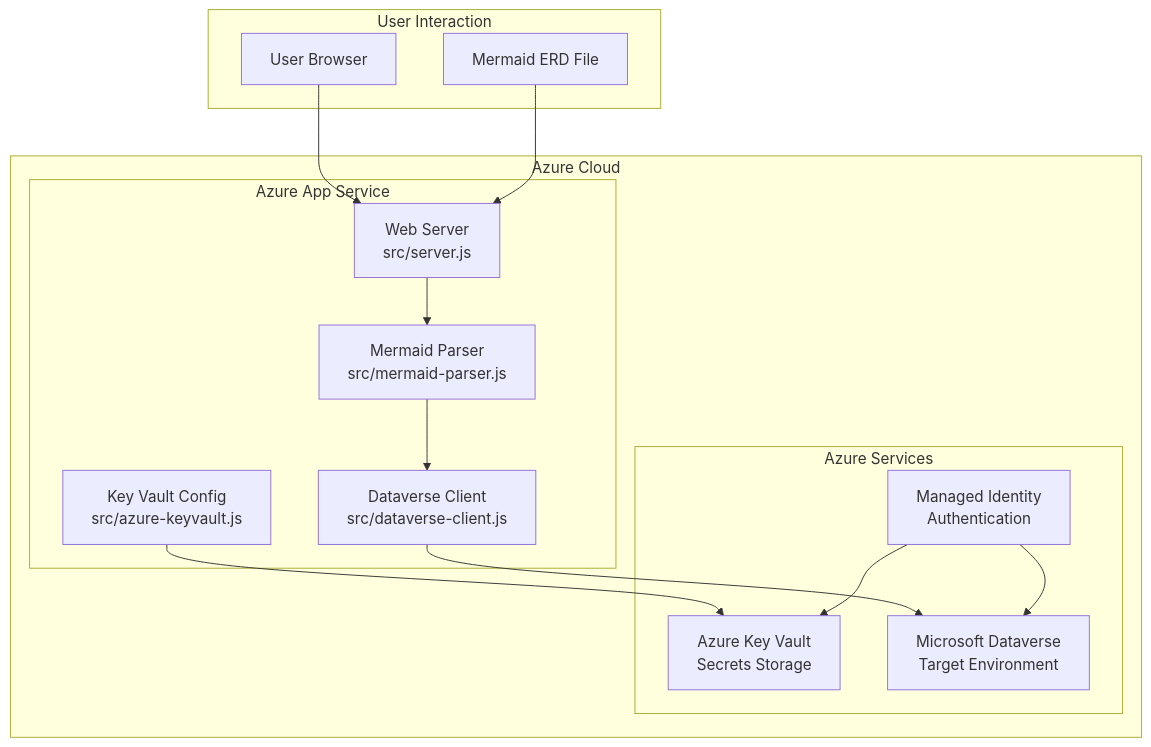
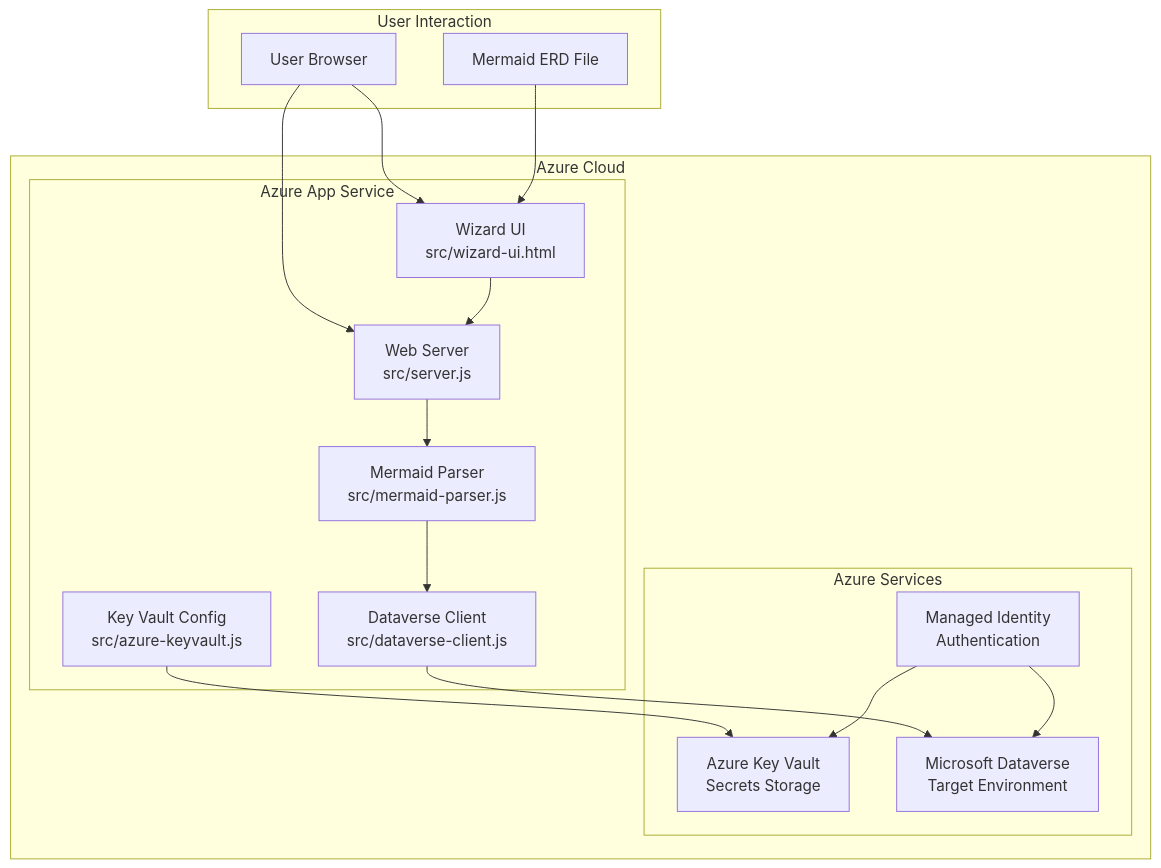
The first of 4 diagrams in docs/ARCHITECTURE.md (LuiseFreese/mermaid), drawn with Mermaid before and after one commit. The commit also changed other lines of this file and 33 other files, not shown here.

````diff
--- a/docs/ARCHITECTURE.md
+++ b/docs/ARCHITECTURE.md
@@ -20,31 +20,34 @@
 ```mermaid
 graph TB
     subgraph "Azure Cloud"
         subgraph "Azure App Service"
             WEB[Web Server<br/>src/server.js]
+            WIZARD[Wizard UI<br/>src/wizard-ui.html]
             PARSER[Mermaid Parser<br/>src/mermaid-parser.js]
             CLIENT[Dataverse Client<br/>src/dataverse-client.js]
             VAULT[Key Vault Config<br/>src/azure-keyvault.js]
         end
         
         subgraph "Azure Services"
             KV[Azure Key Vault<br/>Secrets Storage]
             MI[Managed Identity<br/>Authentication]
             DV[Microsoft Dataverse<br/>Target Environment]
         end
     end
     
     subgraph "User Interaction"
         USER[User Browser]
         MERMAID[Mermaid ERD File]
     end
     
     USER --> WEB
-    MERMAID --> WEB
+    USER --> WIZARD
+    MERMAID --> WIZARD
+    WIZARD --> WEB
     WEB --> PARSER
     PARSER --> CLIENT
     CLIENT --> DV
     VAULT --> KV
     MI --> KV
     MI --> DV
 ```
````
